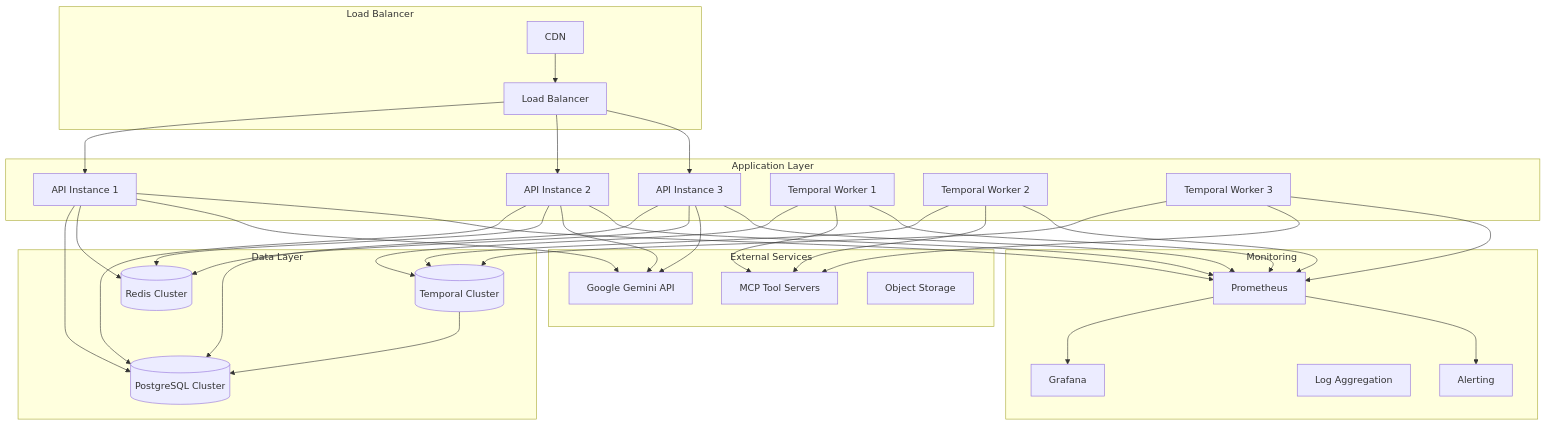
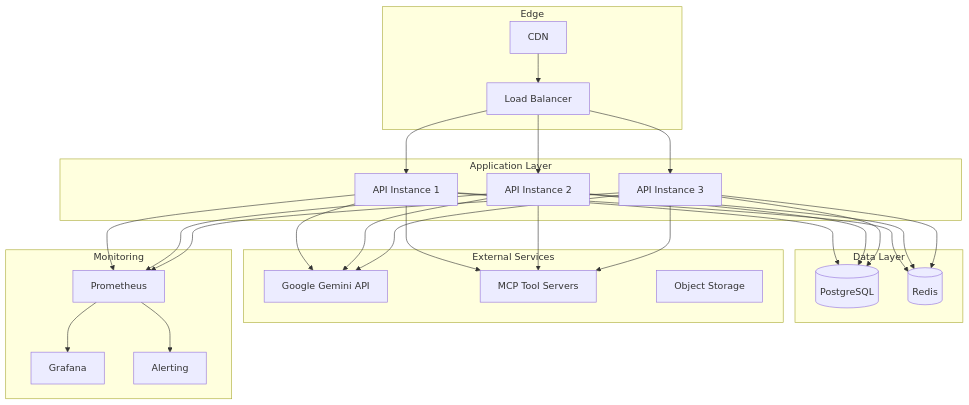
One commit to jsogarro/cerebro changed the diagram in docs/deployment-monitoring-guide.md. Above: the diagram before and after it, drawn with Mermaid. The commit also changed other lines of this file and 36 other files, not shown here.

First line of the commit message:
docs: align all documentation with the current architecture

````diff
--- a/docs/deployment-monitoring-guide.md
+++ b/docs/deployment-monitoring-guide.md
@@ -11,72 +16,58 @@
 ```mermaid
 graph TB
-    subgraph "Load Balancer"
+    subgraph "Edge"
         LB[Load Balancer]
         CDN[CDN]
     end
-    
+
     subgraph "Application Layer"
         API1[API Instance 1]
         API2[API Instance 2]
         API3[API Instance 3]
-        WORKER1[Temporal Worker 1]
-        WORKER2[Temporal Worker 2]
-        WORKER3[Temporal Worker 3]
     end
-    
+
     subgraph "Data Layer"
-        PG[(PostgreSQL Cluster)]
-        REDIS[(Redis Cluster)]
-        TEMPORAL[(Temporal Cluster)]
+        PG[(PostgreSQL)]
+        REDIS[(Redis)]
     end
-    
+
     subgraph "External Services"
         GEMINI[Google Gemini API]
         MCP[MCP Tool Servers]
         STORAGE[Object Storage]
     end
-    
+
     subgraph "Monitoring"
         PROMETHEUS[Prometheus]
         GRAFANA[Grafana]
-        LOGS[Log Aggregation]
         ALERTS[Alerting]
     end
-    
+
     CDN --> LB
     LB --> API1
     LB --> API2
     LB --> API3
-    
+
     API1 --> PG
     API2 --> PG
     API3 --> PG
-    
+
     API1 --> REDIS
     API2 --> REDIS
     API3 --> REDIS
-    
-    WORKER1 --> TEMPORAL
-    WORKER2 --> TEMPORAL
-    WORKER3 --> TEMPORAL
-    
+
     API1 --> GEMINI
     API2 --> GEMINI
     API3 --> GEMINI
-    
-    WORKER1 --> MCP
-    WORKER2 --> MCP
-    WORKER3 --> MCP
-    
-    TEMPORAL --> PG
-    
+
+    API1 --> MCP
+    API2 --> MCP
+    API3 --> MCP
+
     API1 --> PROMETHEUS
     API2 --> PROMETHEUS
     API3 --> PROMETHEUS
-    WORKER1 --> PROMETHEUS
-    WORKER2 --> PROMETHEUS
-    WORKER3 --> PROMETHEUS
-    
+
     PROMETHEUS --> GRAFANA
     PROMETHEUS --> ALERTS
 ```
````
